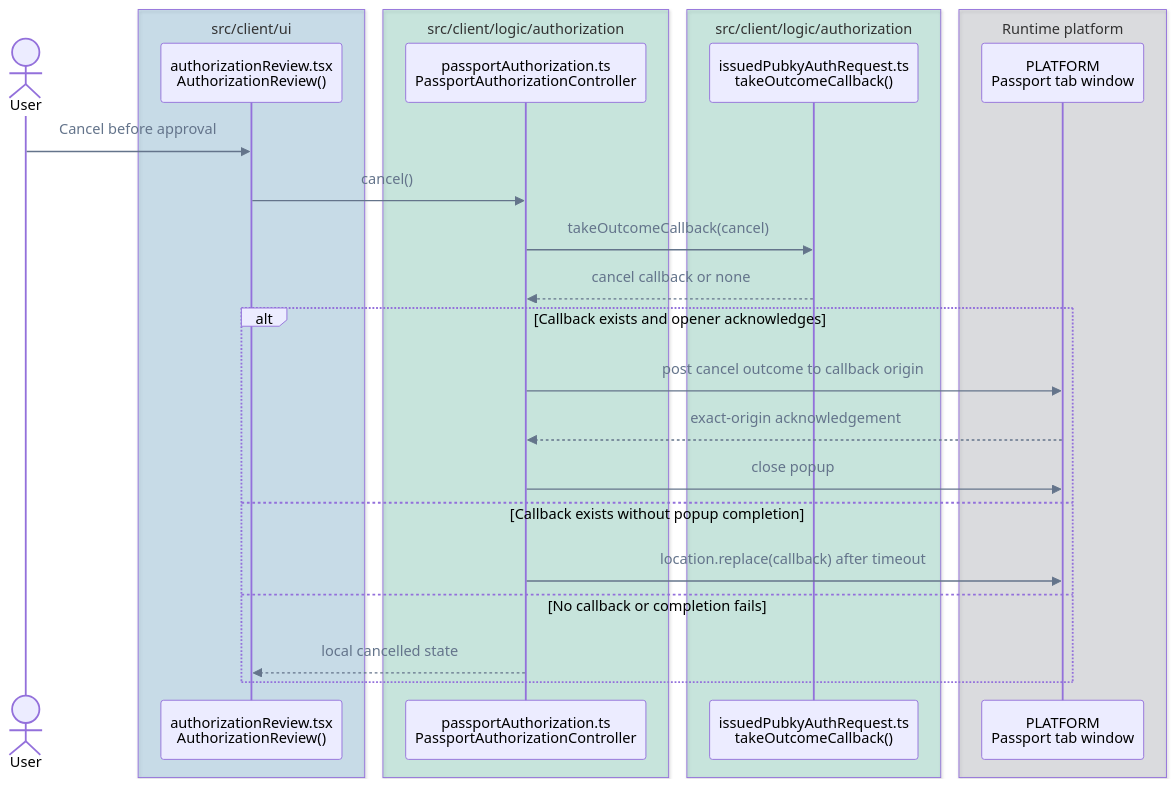
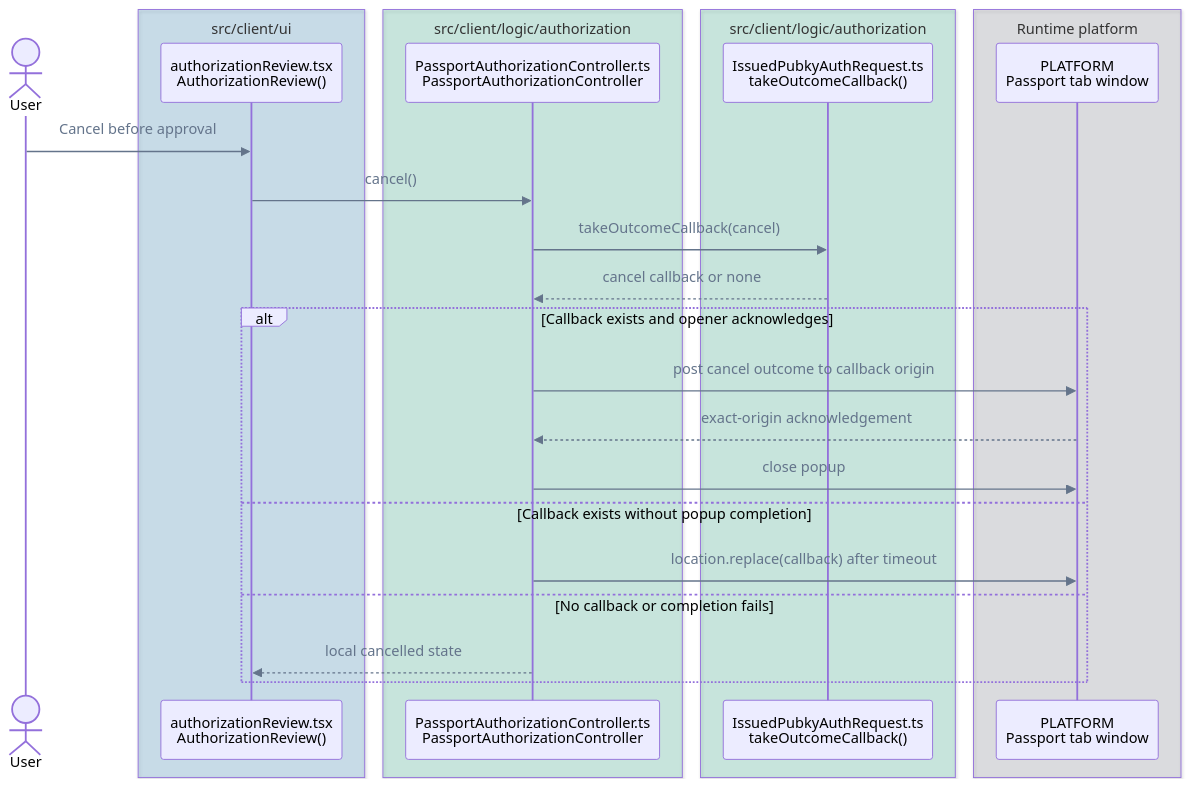
One commit to pubky/pubky-passport changed the sixth of 14 diagrams in FLOWS.md. Above: the diagram before and after it, drawn with Mermaid. The commit also changed other lines of this file and 95 other files, not shown here.

````diff
--- a/FLOWS.md
+++ b/FLOWS.md
@@ -260,33 +260,33 @@
 ```mermaid
 %%{init: {"themeVariables": {"signalColor": "#64748B", "signalTextColor": "#64748B"}}}%%
 sequenceDiagram
     accTitle: Authorization cancellation call flow
     accDescr: Cancellation takes only the validated cancel callback and closes a popup, redirects, or renders a local cancelled state without restoring a key.
     actor User
     box rgba(0, 114, 178, 0.18) src/client/ui
         participant Review as authorizationReview.tsx<br/>AuthorizationReview()
     end
     box rgba(0, 158, 115, 0.18) src/client/logic/authorization
-        participant Controller as passportAuthorization.ts<br/>PassportAuthorizationController
+        participant Controller as PassportAuthorizationController.ts<br/>PassportAuthorizationController
     end
     box rgba(0, 158, 115, 0.18) src/client/logic/authorization
-        participant Request as issuedPubkyAuthRequest.ts<br/>takeOutcomeCallback()
+        participant Request as IssuedPubkyAuthRequest.ts<br/>takeOutcomeCallback()
     end
     box rgba(107, 114, 128, 0.18) Runtime platform
         participant Window as PLATFORM<br/>Passport tab window
     end
 
     User->>Review: Cancel before approval
     Review->>Controller: cancel()
     Controller->>Request: takeOutcomeCallback(cancel)
     Request-->>Controller: cancel callback or none
     alt Callback exists and opener acknowledges
         Controller->>Window: post cancel outcome to callback origin
         Window-->>Controller: exact-origin acknowledgement
         Controller->>Window: close popup
     else Callback exists without popup completion
         Controller->>Window: location.replace(callback) after timeout
     else No callback or completion fails
         Controller-->>Review: local cancelled state
     end
 ```
````
